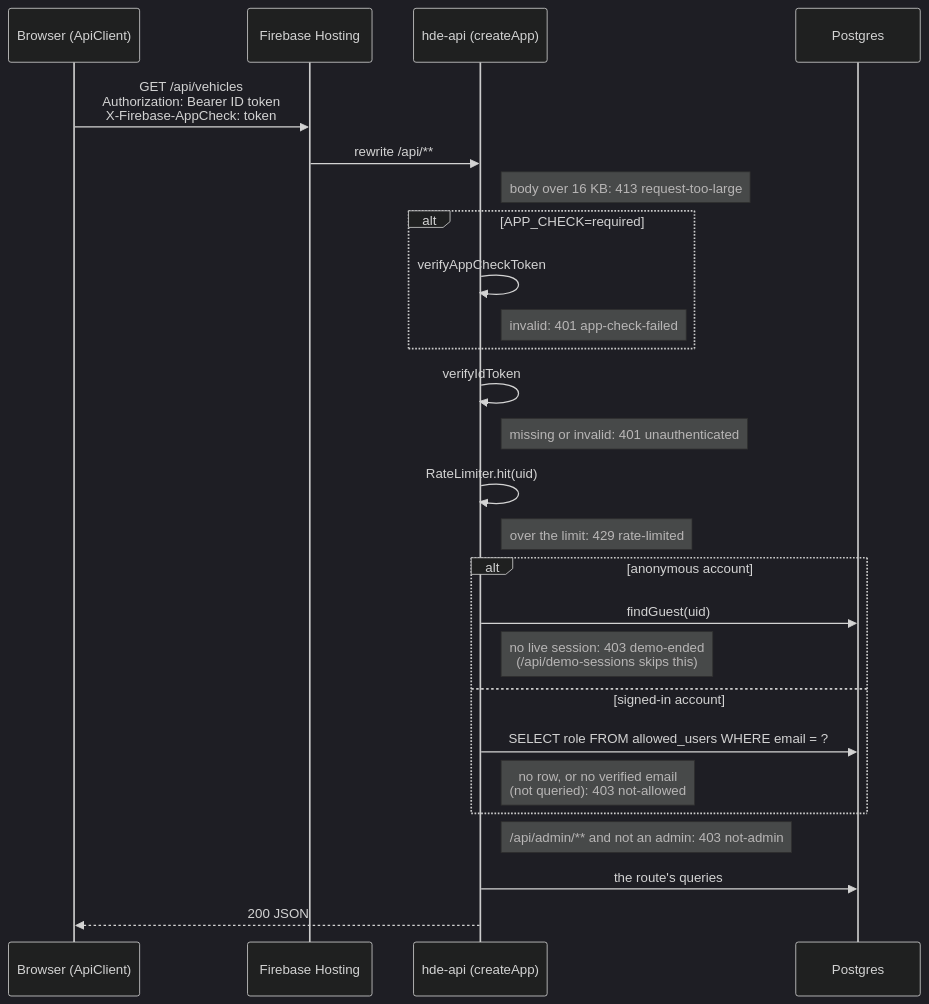
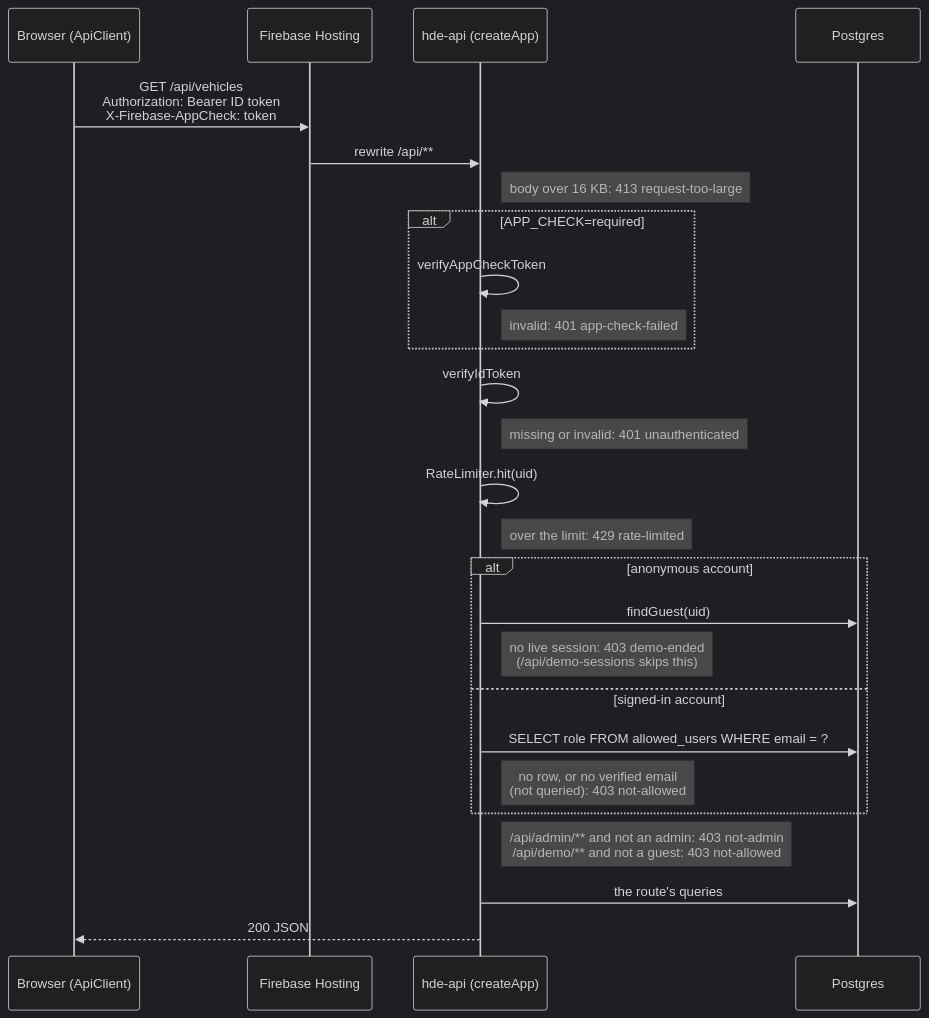
One commit to Valiance-Studios/halo-drivers-ed changed the third of 9 diagrams in ARCHITECTURE.md. Above: the diagram before and after it, drawn with Mermaid (dark theme). The commit also changed other lines of this file and 26 other files, not shown here.

````diff
--- a/ARCHITECTURE.md
+++ b/ARCHITECTURE.md
@@ -128,29 +128,29 @@
 ```mermaid
 sequenceDiagram
     participant B as Browser (ApiClient)
     participant H as Firebase Hosting
     participant A as hde-api (createApp)
     participant P as Postgres
 
     B->>H: GET /api/vehicles<br/>Authorization: Bearer ID token<br/>X-Firebase-AppCheck: token
     H->>A: rewrite /api/**
     Note right of A: body over 16 KB: 413 request-too-large
     alt APP_CHECK=required
         A->>A: verifyAppCheckToken
         Note right of A: invalid: 401 app-check-failed
     end
     A->>A: verifyIdToken
     Note right of A: missing or invalid: 401 unauthenticated
     A->>A: RateLimiter.hit(uid)
     Note right of A: over the limit: 429 rate-limited
     alt anonymous account
         A->>P: findGuest(uid)
         Note right of A: no live session: 403 demo-ended<br/>(/api/demo-sessions skips this)
     else signed-in account
         A->>P: SELECT role FROM allowed_users WHERE email = ?
         Note right of A: no row, or no verified email<br/>(not queried): 403 not-allowed
     end
-    Note right of A: /api/admin/** and not an admin: 403 not-admin
+    Note right of A: /api/admin/** and not an admin: 403 not-admin<br/>/api/demo/** and not a guest: 403 not-allowed
     A->>P: the route's queries
     A-->>B: 200 JSON
 ```
````
